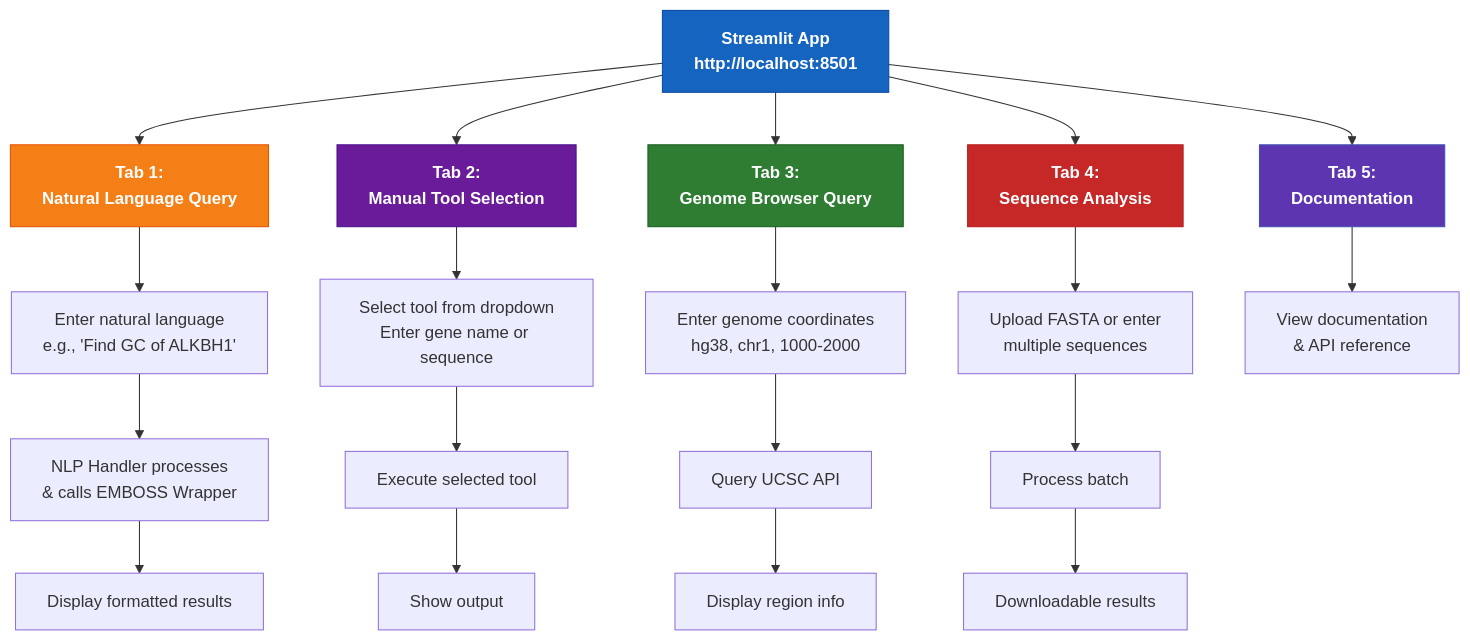
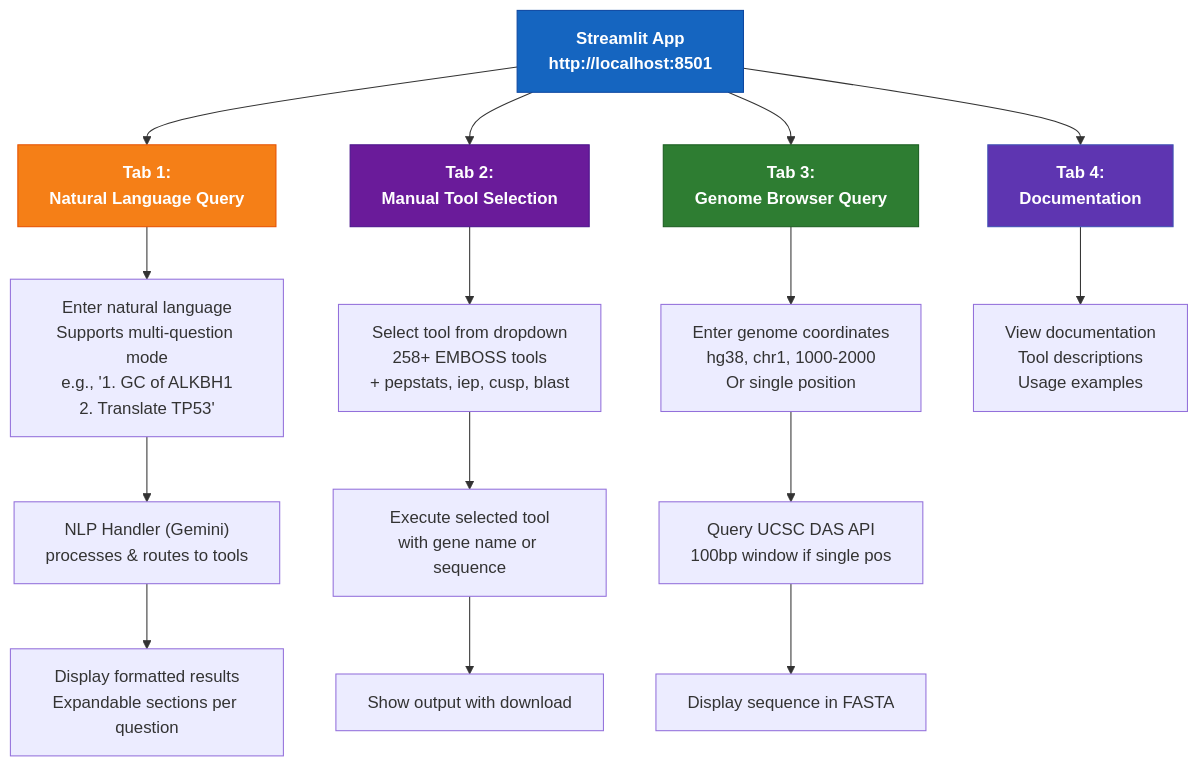
Before and after one commit to caagendaz/BME110-final: the fifth of 9 diagrams in docs/ARCHITECTURE.md, drawn with Mermaid. The commit also changed other lines of this file, not shown here.

Commit message:
Update ARCHITECTURE.md flowcharts to reflect Gemini API, Python 3.12, multi-question mode, and new tools

````diff
--- a/docs/ARCHITECTURE.md
+++ b/docs/ARCHITECTURE.md
@@ -152,35 +176,29 @@
 ```mermaid
 graph TB
     UI["Streamlit App<br/>http://localhost:8501"]
     
     UI --> TAB1["Tab 1:<br/>Natural Language Query"]
     UI --> TAB2["Tab 2:<br/>Manual Tool Selection"]
     UI --> TAB3["Tab 3:<br/>Genome Browser Query"]
-    UI --> TAB4["Tab 4:<br/>Sequence Analysis"]
-    UI --> TAB5["Tab 5:<br/>Documentation"]
+    UI --> TAB4["Tab 4:<br/>Documentation"]
     
-    TAB1 --> NLP["Enter natural language<br/>e.g., 'Find GC of ALKBH1'"]
-    NLP --> NLPRUN["NLP Handler processes<br/>& calls EMBOSS Wrapper"]
-    NLPRUN --> NLP_OUT["Display formatted results"]
+    TAB1 --> NLP["Enter natural language<br/>Supports multi-question mode<br/>e.g., '1. GC of ALKBH1<br/>2. Translate TP53'"]
+    NLP --> NLPRUN["NLP Handler (Gemini)<br/>processes & routes to tools"]
+    NLPRUN --> NLP_OUT["Display formatted results<br/>Expandable sections per question"]
     
-    TAB2 --> MANUAL["Select tool from dropdown<br/>Enter gene name or sequence"]
-    MANUAL --> MANUAL_RUN["Execute selected tool"]
-    MANUAL_RUN --> MANUAL_OUT["Show output"]
+    TAB2 --> MANUAL["Select tool from dropdown<br/>258+ EMBOSS tools<br/>+ pepstats, iep, cusp, blast"]
+    MANUAL --> MANUAL_RUN["Execute selected tool<br/>with gene name or sequence"]
+    MANUAL_RUN --> MANUAL_OUT["Show output with download"]
     
-    TAB3 --> GENOME["Enter genome coordinates<br/>hg38, chr1, 1000-2000"]
-    GENOME --> GENOME_RUN["Query UCSC API"]
-    GENOME_RUN --> GENOME_OUT["Display region info"]
+    TAB3 --> GENOME["Enter genome coordinates<br/>hg38, chr1, 1000-2000<br/>Or single position"]
+    GENOME --> GENOME_RUN["Query UCSC DAS API<br/>100bp window if single pos"]
+    GENOME_RUN --> GENOME_OUT["Display sequence in FASTA"]
     
-    TAB4 --> BATCH["Upload FASTA or enter<br/>multiple sequences"]
-    BATCH --> BATCH_RUN["Process batch"]
-    BATCH_RUN --> BATCH_OUT["Downloadable results"]
-    
-    TAB5 --> DOCS["View documentation<br/>& API reference"]
+    TAB4 --> DOCS["View documentation<br/>Tool descriptions<br/>Usage examples"]
     
     style UI fill:#1565c0,stroke:#0d47a1,color:#ffffff,font-weight:bold
     style TAB1 fill:#f57f17,stroke:#e65100,color:#ffffff,font-weight:bold
     style TAB2 fill:#6a1b9a,stroke:#4a148c,color:#ffffff,font-weight:bold
     style TAB3 fill:#2e7d32,stroke:#1b5e20,color:#ffffff,font-weight:bold
-    style TAB4 fill:#c62828,stroke:#b71c1c,color:#ffffff,font-weight:bold
-    style TAB5 fill:#5e35b1,stroke:#3f51b5,color:#ffffff,font-weight:bold
+    style TAB4 fill:#5e35b1,stroke:#3f51b5,color:#ffffff,font-weight:bold
 ```
````
